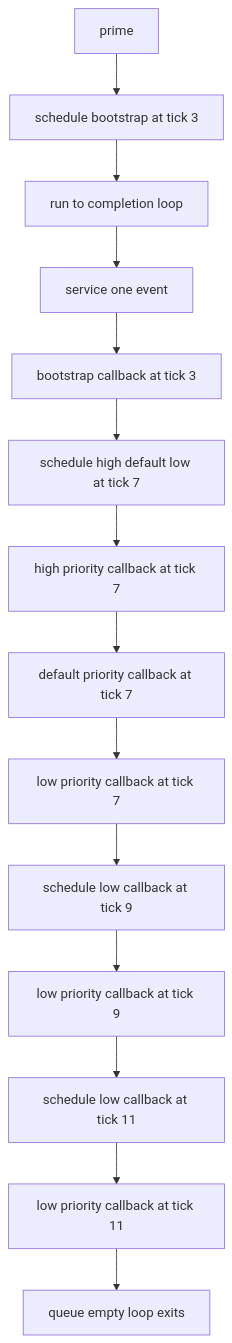
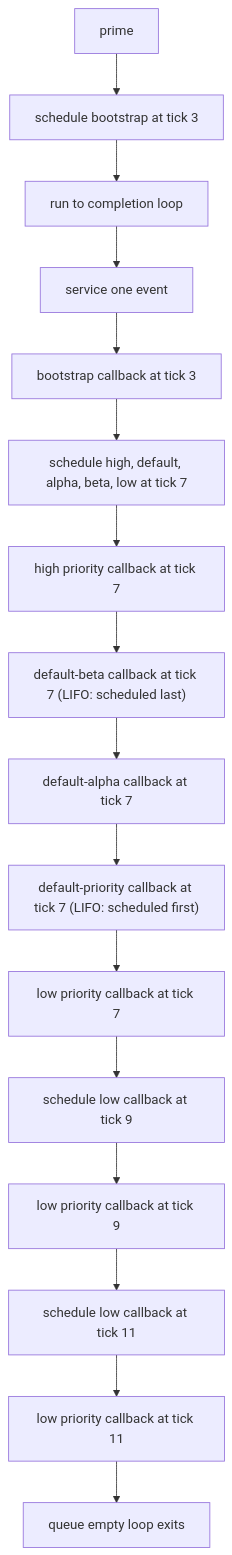
The diagram in src/tutorial/lesson01/README.md (ripopov/gem5), drawn with Mermaid before and after one commit. The commit also changed other lines of this file and 3 other files, not shown here.

First line of the commit message:
doc,tests: demonstrate same-priority LIFO ordering in Lesson 1

````diff
--- a/src/tutorial/lesson01/README.md
+++ b/src/tutorial/lesson01/README.md
@@ -83,16 +93,18 @@
 ```mermaid
 flowchart TD
     A["prime"] --> B["schedule bootstrap at tick 3"]
     B --> C["run to completion loop"]
     C --> D["service one event"]
     D --> E["bootstrap callback at tick 3"]
-    E --> F["schedule high default low at tick 7"]
+    E --> F["schedule high, default, alpha, beta, low at tick 7"]
     F --> G["high priority callback at tick 7"]
-    G --> H["default priority callback at tick 7"]
-    H --> I["low priority callback at tick 7"]
-    I --> J["schedule low callback at tick 9"]
-    J --> K["low priority callback at tick 9"]
-    K --> L["schedule low callback at tick 11"]
-    L --> M["low priority callback at tick 11"]
-    M --> N["queue empty loop exits"]
+    G --> H["default-beta callback at tick 7 (LIFO: scheduled last)"]
+    H --> I["default-alpha callback at tick 7"]
+    I --> J["default-priority callback at tick 7 (LIFO: scheduled first)"]
+    J --> K["low priority callback at tick 7"]
+    K --> L["schedule low callback at tick 9"]
+    L --> M["low priority callback at tick 9"]
+    M --> N["schedule low callback at tick 11"]
+    N --> O["low priority callback at tick 11"]
+    O --> P["queue empty loop exits"]
 ```
````
